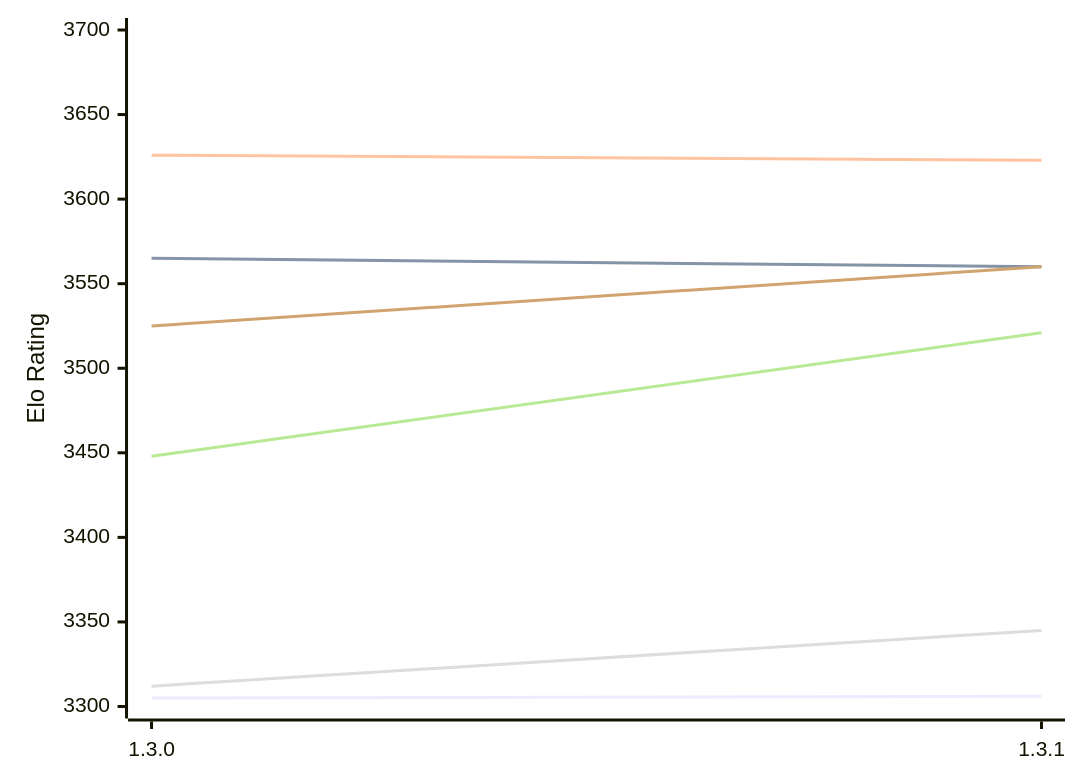
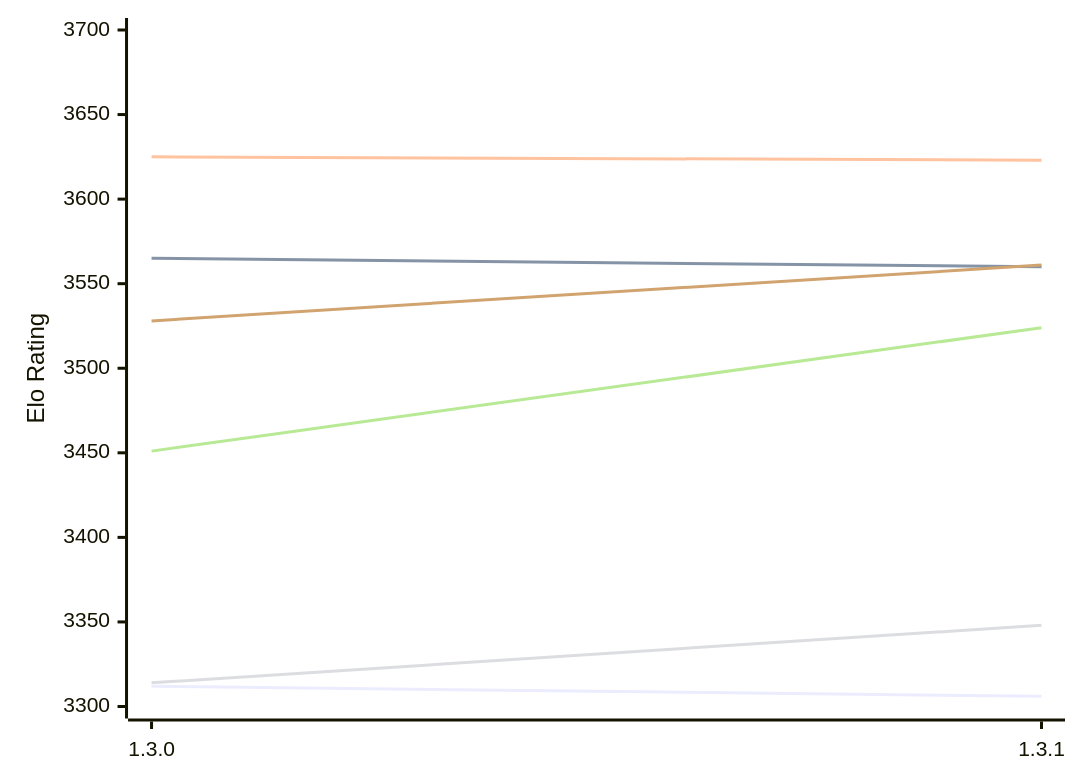
The first of 2 diagrams in engines/Renegade.md (computer-chess-index/cci), drawn with Mermaid before and after one commit. The commit also changed other lines of this file, not shown here.

Commit message:
Update CCI Ratings (ELO VLTC) - 2026-11-24

````diff
--- a/engines/Renegade.md
+++ b/engines/Renegade.md
@@ -50,12 +50,12 @@
 ```mermaid
 %%{init: {"theme":"base","themeVariables":{"seriesColors:['#a3a3a3','#222221','#faa371']}}}%%
 xychart-beta
   x-axis ["1.3.0", "1.3.1"]
   y-axis "Elo Rating" 3300 --> 3700
-  line "E1: STC (8.0+0.08s)" [3305, 3306]
+  line "E1: STC (8.0+0.08s)" [3312, 3306]
   line "E1: LTC (60.0+0.60s)" [3565, 3560]
-  line "E1: VLTC (2m24s+1.12s)" [3626, 3623]
-  line "P1: STC (8.0+0.08s)" [3312, 3345]
-  line "P1: LTC (60.0+0.60s)" [3448, 3521]
-  line "P1: VLTC (2m24s+1.12s)" [3525, 3560]
+  line "E1: VLTC (2m24s+1.12s)" [3625, 3623]
+  line "P1: STC (8.0+0.08s)" [3314, 3348]
+  line "P1: LTC (60.0+0.60s)" [3451, 3524]
+  line "P1: VLTC (2m24s+1.12s)" [3528, 3561]
 ```
````
